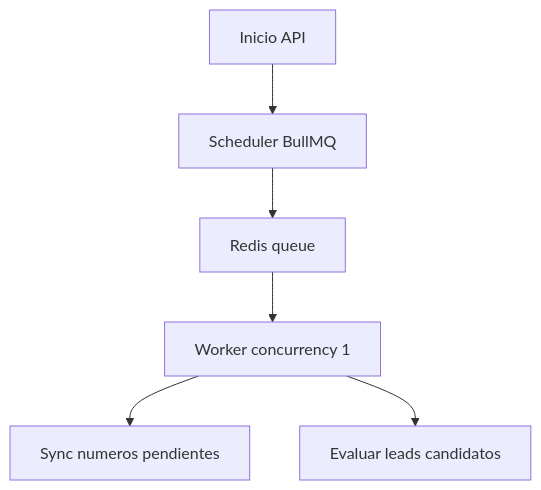
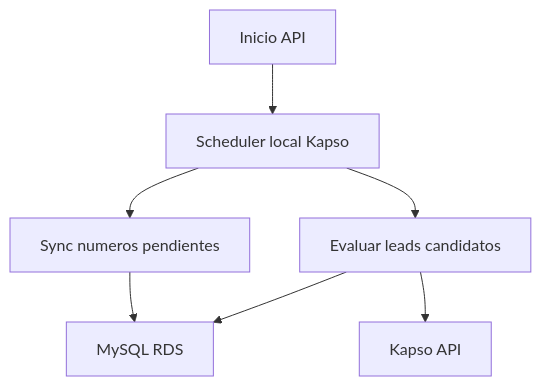
One commit to roccacr/CRM_VENTAS changed the seventh of 9 diagrams in README.md. Above: the diagram before and after it, drawn with Mermaid. The commit also changed other lines of this file and 34 other files, not shown here.

````diff
--- a/README.md
+++ b/README.md
@@ -453,8 +456,9 @@
 ```mermaid
 flowchart TD
-  APP["Inicio API"] --> S["Scheduler BullMQ"]
-  S --> Q["Redis queue"]
-  Q --> W["Worker concurrency 1"]
-  W --> A["Sync numeros pendientes"]
-  W --> B["Evaluar leads candidatos"]
+  APP["Inicio API"] --> S["Scheduler local Kapso"]
+  S --> A["Sync numeros pendientes"]
+  S --> B["Evaluar leads candidatos"]
+  A --> DB["MySQL RDS"]
+  B --> DB
+  B --> KAPSO["Kapso API"]
 ```
````
